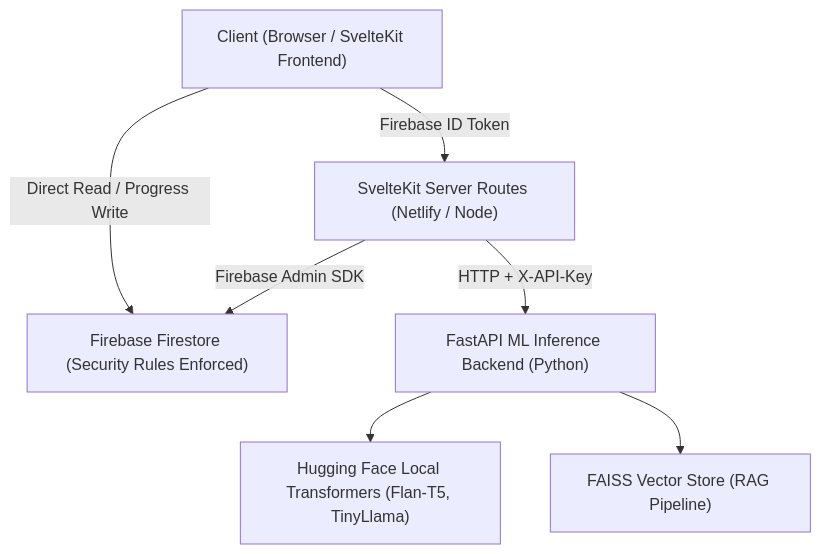
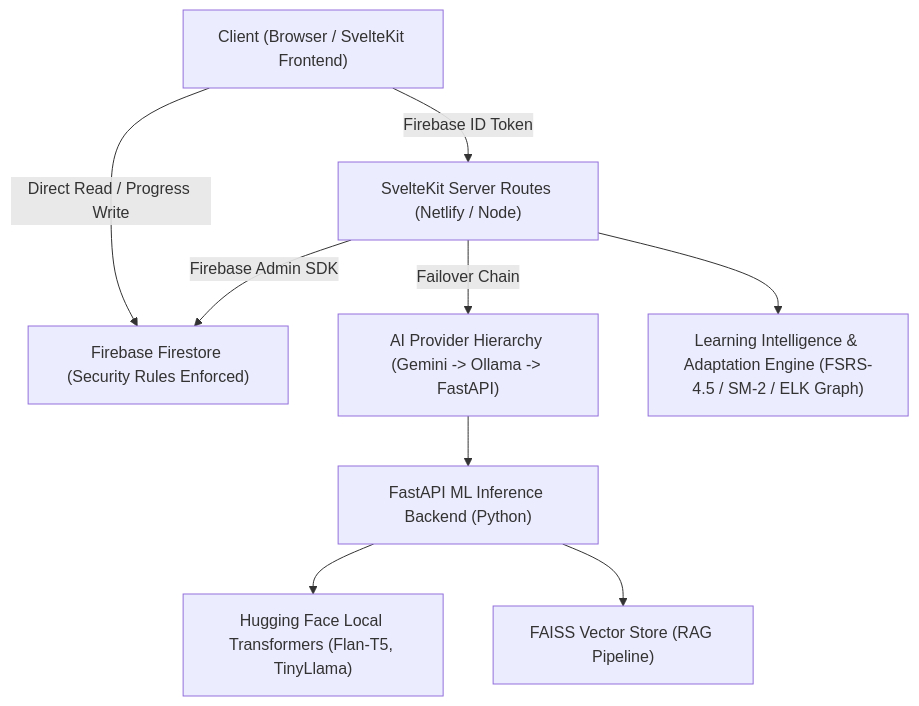
Before and after one commit to kaacquah2/Study: the diagram in docs/production_readiness_audit.md, drawn with Mermaid. The commit also changed other lines of this file and 122 other files, not shown here.

````diff
--- a/docs/production_readiness_audit.md
+++ b/docs/production_readiness_audit.md
@@ -11,9 +18,11 @@
 ```mermaid
 graph TD
     Client["Client (Browser / SvelteKit Frontend)"] -->|Firebase ID Token| SvelteKit["SvelteKit Server Routes (Netlify / Node)"]
     Client -->|Direct Read / Progress Write| Firestore["Firebase Firestore (Security Rules Enforced)"]
     SvelteKit -->|Firebase Admin SDK| Firestore
-    SvelteKit -->|HTTP + X-API-Key| MLBackend["FastAPI ML Inference Backend (Python)"]
+    SvelteKit -->|Failover Chain| AIProviders["AI Provider Hierarchy (Gemini -> Ollama -> FastAPI)"]
+    AIProviders --> MLBackend["FastAPI ML Inference Backend (Python)"]
     MLBackend --> HF["Hugging Face Local Transformers (Flan-T5, TinyLlama)"]
     MLBackend --> FAISS["FAISS Vector Store (RAG Pipeline)"]
+    SvelteKit --> Engine["Learning Intelligence & Adaptation Engine (FSRS-4.5 / SM-2 / ELK Graph)"]
 ```
````
